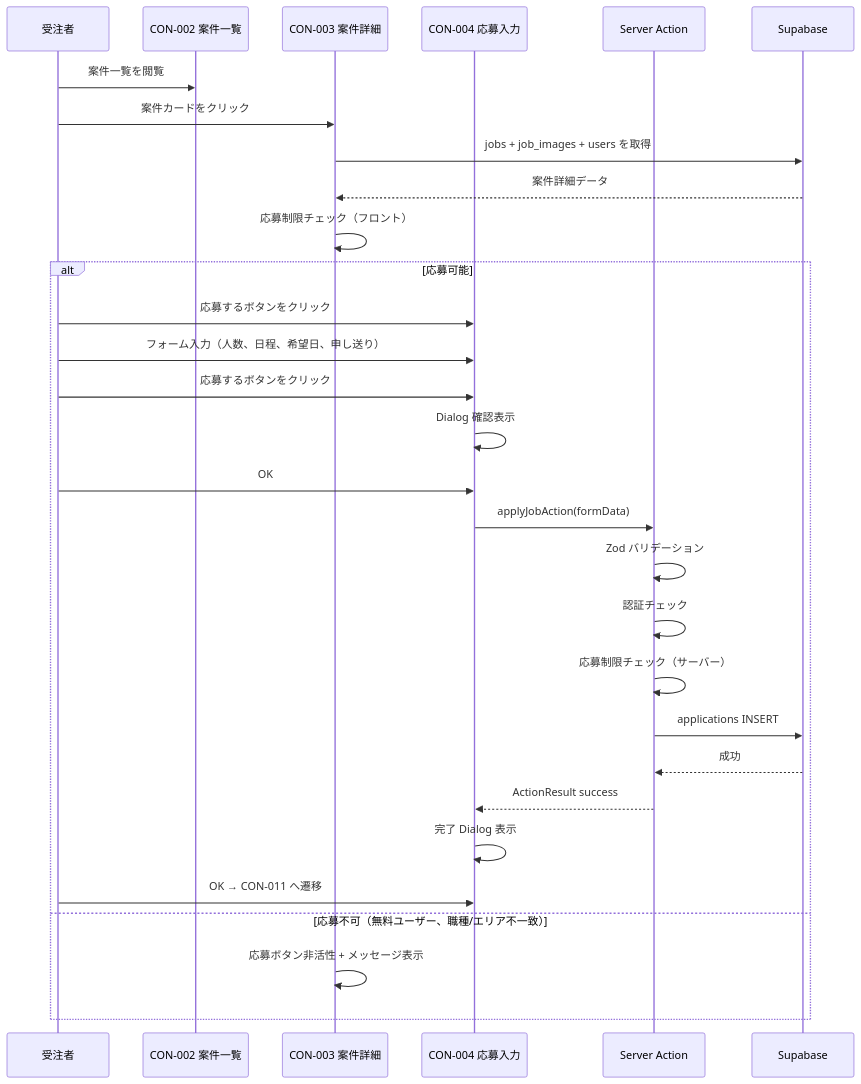
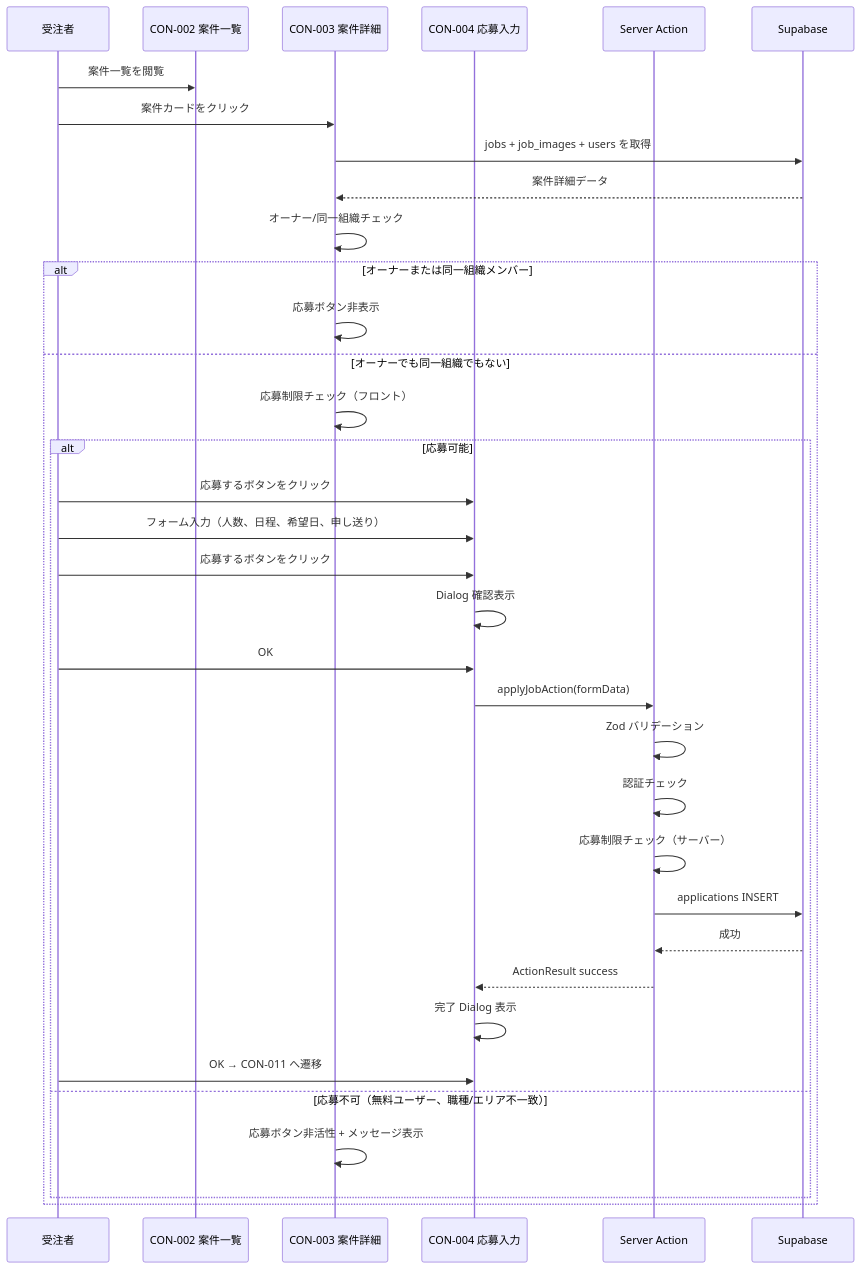
Before and after one commit to wildlife-creator/bijiyu: the second of 3 diagrams in .kiro/specs/job-search/design.md, drawn with Mermaid. The commit also changed other lines of this file and 90 other files, not shown here.

````diff
--- a/.kiro/specs/job-search/design.md
+++ b/.kiro/specs/job-search/design.md
@@ -118,33 +118,38 @@
 ```mermaid
 sequenceDiagram
     participant U as 受注者
     participant List as CON-002 案件一覧
     participant Detail as CON-003 案件詳細
     participant Form as CON-004 応募入力
     participant SA as Server Action
     participant DB as Supabase
 
     U->>List: 案件一覧を閲覧
     U->>Detail: 案件カードをクリック
     Detail->>DB: jobs + job_images + users を取得
     DB-->>Detail: 案件詳細データ
+    Detail->>Detail: オーナー/同一組織チェック
+    alt オーナーまたは同一組織メンバー
+        Detail->>Detail: 応募ボタン非表示
+    else オーナーでも同一組織でもない
     Detail->>Detail: 応募制限チェック（フロント）
     alt 応募可能
         U->>Form: 応募するボタンをクリック
         U->>Form: フォーム入力（人数、日程、希望日、申し送り）
         U->>Form: 応募するボタンをクリック
         Form->>Form: Dialog 確認表示
         U->>Form: OK
         Form->>SA: applyJobAction(formData)
         SA->>SA: Zod バリデーション
         SA->>SA: 認証チェック
         SA->>SA: 応募制限チェック（サーバー）
         SA->>DB: applications INSERT
         DB-->>SA: 成功
         SA-->>Form: ActionResult success
         Form->>Form: 完了 Dialog 表示
         U->>Form: OK → CON-011 へ遷移
     else 応募不可（無料ユーザー、職種/エリア不一致）
         Detail->>Detail: 応募ボタン非活性 + メッセージ表示
     end
+    end
 ```
````
